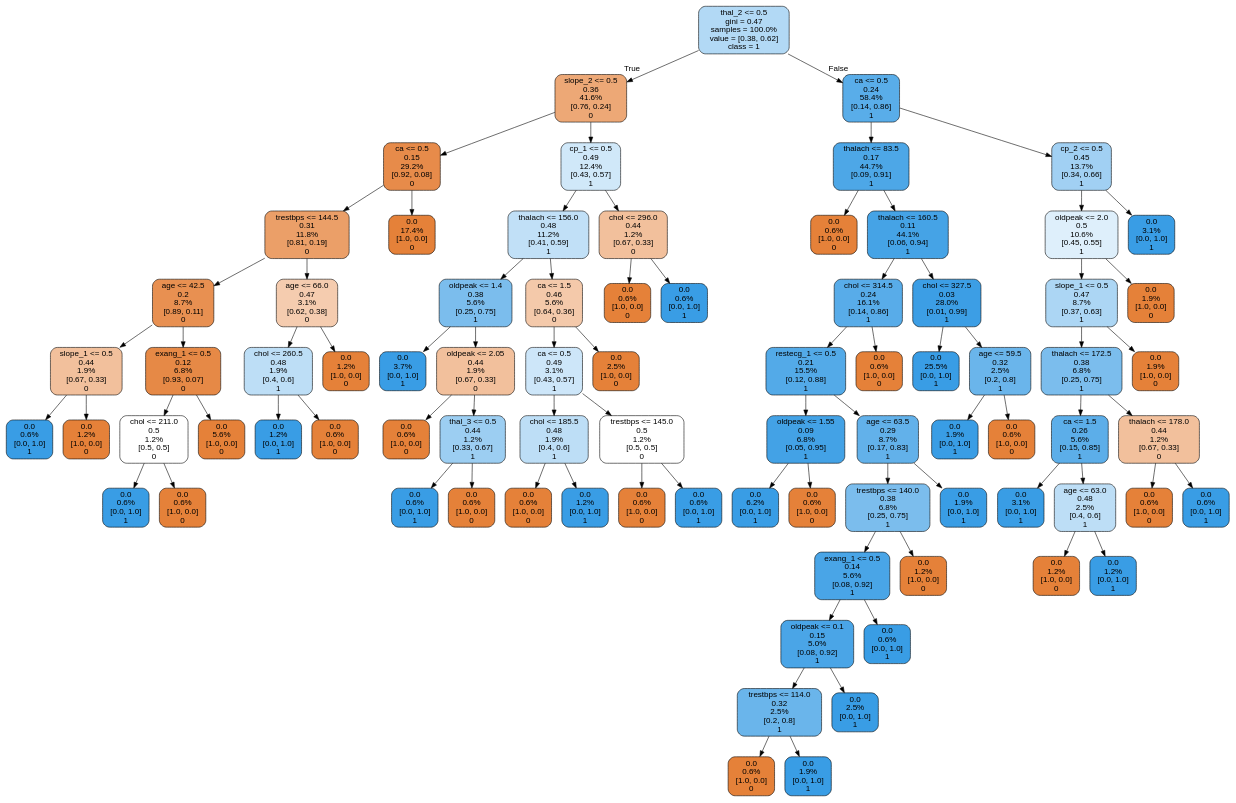
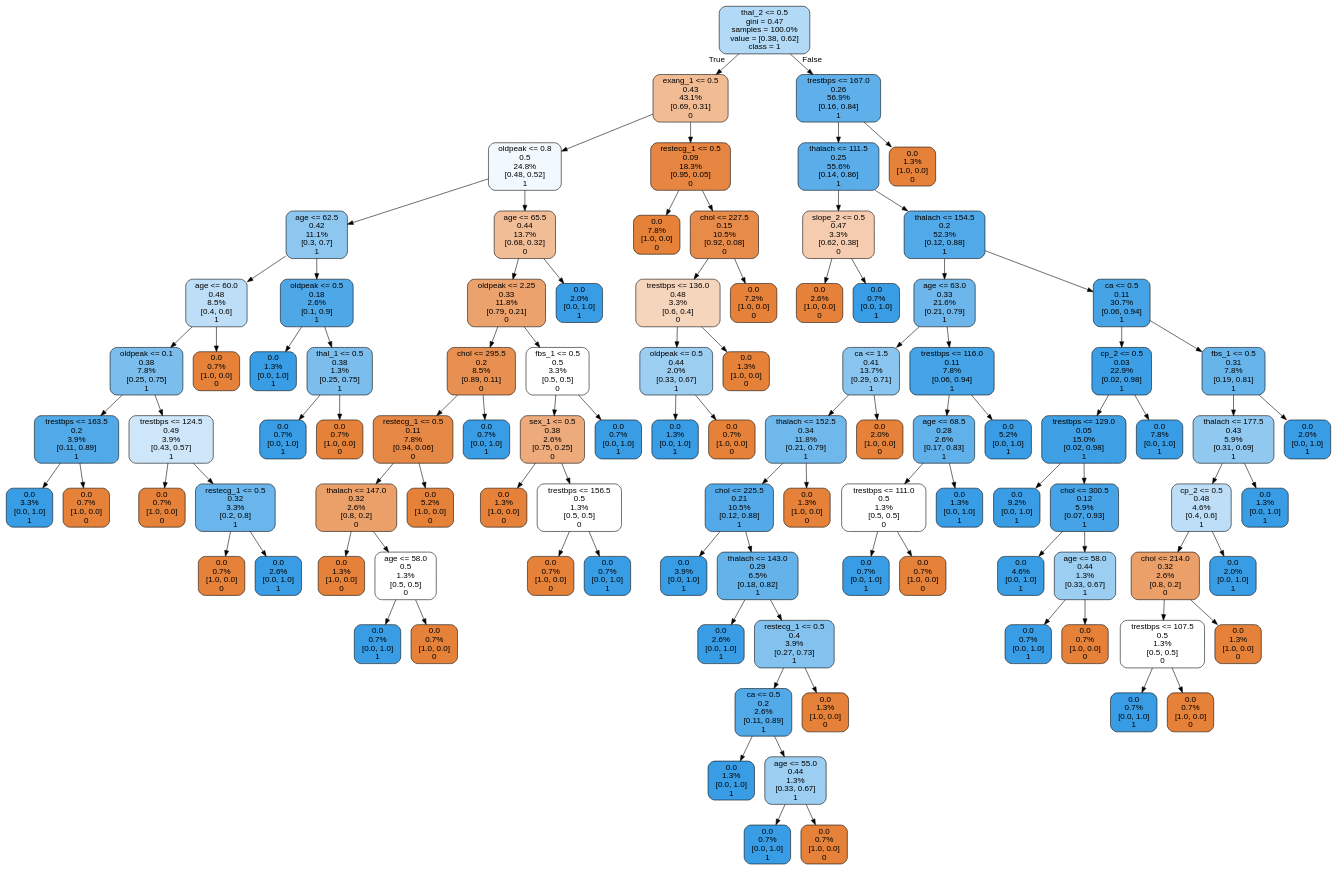
Before and after one commit to deshanigtk/IntelliHack-2019: the diagram in tree.dot, drawn with Graphviz. The commit also changed 2 other files, not shown here.

```diff
--- a/tree.dot
+++ b/tree.dot
@@ -2,164 +2,200 @@
 node [shape=box, style="filled, rounded", color="black", fontname=helvetica] ;
 edge [fontname=helvetica] ;
 0 [label="thal_2 <= 0.5\ngini = 0.47\nsamples = 100.0%\nvalue = [0.38, 0.62]\nclass = 1", fillcolor="#399de563"] ;
-1 [label="slope_2 <= 0.5\n0.36\n41.6%\n[0.76, 0.24]\n0", fillcolor="#e58139b0"] ;
+1 [label="exang_1 <= 0.5\n0.43\n43.1%\n[0.69, 0.31]\n0", fillcolor="#e581398a"] ;
 0 -> 1 [labeldistance=2.5, labelangle=45, headlabel="True"] ;
-2 [label="ca <= 0.5\n0.15\n29.2%\n[0.92, 0.08]\n0", fillcolor="#e58139e9"] ;
+2 [label="oldpeak <= 0.8\n0.5\n24.8%\n[0.48, 0.52]\n1", fillcolor="#399de511"] ;
 1 -> 2 ;
-3 [label="trestbps <= 144.5\n0.31\n11.8%\n[0.81, 0.19]\n0", fillcolor="#e58139c2"] ;
+3 [label="age <= 62.5\n0.42\n11.1%\n[0.3, 0.7]\n1", fillcolor="#399de592"] ;
 2 -> 3 ;
-4 [label="age <= 42.5\n0.2\n8.7%\n[0.89, 0.11]\n0", fillcolor="#e58139df"] ;
+4 [label="age <= 60.0\n0.48\n8.5%\n[0.4, 0.6]\n1", fillcolor="#399de555"] ;
 3 -> 4 ;
-5 [label="slope_1 <= 0.5\n0.44\n1.9%\n[0.67, 0.33]\n0", fillcolor="#e581397f"] ;
+5 [label="oldpeak <= 0.1\n0.38\n7.8%\n[0.25, 0.75]\n1", fillcolor="#399de5aa"] ;
 4 -> 5 ;
-6 [label="0.0\n0.6%\n[0.0, 1.0]\n1", fillcolor="#399de5ff"] ;
+6 [label="trestbps <= 163.5\n0.2\n3.9%\n[0.11, 0.89]\n1", fillcolor="#399de5df"] ;
 5 -> 6 ;
-7 [label="0.0\n1.2%\n[1.0, 0.0]\n0", fillcolor="#e58139ff"] ;
-5 -> 7 ;
-8 [label="exang_1 <= 0.5\n0.12\n6.8%\n[0.93, 0.07]\n0", fillcolor="#e58139ed"] ;
-4 -> 8 ;
-9 [label="chol <= 211.0\n0.5\n1.2%\n[0.5, 0.5]\n0", fillcolor="#e5813900"] ;
-8 -> 9 ;
-10 [label="0.0\n0.6%\n[0.0, 1.0]\n1", fillcolor="#399de5ff"] ;
+7 [label="0.0\n3.3%\n[0.0, 1.0]\n1", fillcolor="#399de5ff"] ;
+6 -> 7 ;
+8 [label="0.0\n0.7%\n[1.0, 0.0]\n0", fillcolor="#e58139ff"] ;
+6 -> 8 ;
+9 [label="trestbps <= 124.5\n0.49\n3.9%\n[0.43, 0.57]\n1", fillcolor="#399de540"] ;
+5 -> 9 ;
+10 [label="0.0\n0.7%\n[1.0, 0.0]\n0", fillcolor="#e58139ff"] ;
 9 -> 10 ;
-11 [label="0.0\n0.6%\n[1.0, 0.0]\n0", fillcolor="#e58139ff"] ;
+11 [label="restecg_1 <= 0.5\n0.32\n3.3%\n[0.2, 0.8]\n1", fillcolor="#399de5bf"] ;
 9 -> 11 ;
-12 [label="0.0\n5.6%\n[1.0, 0.0]\n0", fillcolor="#e58139ff"] ;
-8 -> 12 ;
-13 [label="age <= 66.0\n0.47\n3.1%\n[0.62, 0.38]\n0", fillcolor="#e5813966"] ;
-3 -> 13 ;
-14 [label="chol <= 260.5\n0.48\n1.9%\n[0.4, 0.6]\n1", fillcolor="#399de555"] ;
-13 -> 14 ;
-15 [label="0.0\n1.2%\n[0.0, 1.0]\n1", fillcolor="#399de5ff"] ;
-14 -> 15 ;
-16 [label="0.0\n0.6%\n[1.0, 0.0]\n0", fillcolor="#e58139ff"] ;
-14 -> 16 ;
-17 [label="0.0\n1.2%\n[1.0, 0.0]\n0", fillcolor="#e58139ff"] ;
-13 -> 17 ;
-18 [label="0.0\n17.4%\n[1.0, 0.0]\n0", fillcolor="#e58139ff"] ;
-2 -> 18 ;
-19 [label="cp_1 <= 0.5\n0.49\n12.4%\n[0.43, 0.57]\n1", fillcolor="#399de53c"] ;
-1 -> 19 ;
-20 [label="thalach <= 156.0\n0.48\n11.2%\n[0.41, 0.59]\n1", fillcolor="#399de550"] ;
-19 -> 20 ;
-21 [label="oldpeak <= 1.4\n0.38\n5.6%\n[0.25, 0.75]\n1", fillcolor="#399de5aa"] ;
+12 [label="0.0\n0.7%\n[1.0, 0.0]\n0", fillcolor="#e58139ff"] ;
+11 -> 12 ;
+13 [label="0.0\n2.6%\n[0.0, 1.0]\n1", fillcolor="#399de5ff"] ;
+11 -> 13 ;
+14 [label="0.0\n0.7%\n[1.0, 0.0]\n0", fillcolor="#e58139ff"] ;
+4 -> 14 ;
+15 [label="oldpeak <= 0.5\n0.18\n2.6%\n[0.1, 0.9]\n1", fillcolor="#399de5e3"] ;
+3 -> 15 ;
+16 [label="0.0\n1.3%\n[0.0, 1.0]\n1", fillcolor="#399de5ff"] ;
+15 -> 16 ;
+17 [label="thal_1 <= 0.5\n0.38\n1.3%\n[0.25, 0.75]\n1", fillcolor="#399de5aa"] ;
+15 -> 17 ;
+18 [label="0.0\n0.7%\n[0.0, 1.0]\n1", fillcolor="#399de5ff"] ;
+17 -> 18 ;
+19 [label="0.0\n0.7%\n[1.0, 0.0]\n0", fillcolor="#e58139ff"] ;
+17 -> 19 ;
+20 [label="age <= 65.5\n0.44\n13.7%\n[0.68, 0.32]\n0", fillcolor="#e5813986"] ;
+2 -> 20 ;
+21 [label="oldpeak <= 2.25\n0.33\n11.8%\n[0.79, 0.21]\n0", fillcolor="#e58139bc"] ;
 20 -> 21 ;
-22 [label="0.0\n3.7%\n[0.0, 1.0]\n1", fillcolor="#399de5ff"] ;
+22 [label="chol <= 295.5\n0.2\n8.5%\n[0.89, 0.11]\n0", fillcolor="#e58139df"] ;
 21 -> 22 ;
-23 [label="oldpeak <= 2.05\n0.44\n1.9%\n[0.67, 0.33]\n0", fillcolor="#e581397f"] ;
-21 -> 23 ;
-24 [label="0.0\n0.6%\n[1.0, 0.0]\n0", fillcolor="#e58139ff"] ;
+23 [label="restecg_1 <= 0.5\n0.11\n7.8%\n[0.94, 0.06]\n0", fillcolor="#e58139ef"] ;
+22 -> 23 ;
+24 [label="thalach <= 147.0\n0.32\n2.6%\n[0.8, 0.2]\n0", fillcolor="#e58139bf"] ;
 23 -> 24 ;
-25 [label="thal_3 <= 0.5\n0.44\n1.2%\n[0.33, 0.67]\n1", fillcolor="#399de57f"] ;
-23 -> 25 ;
-26 [label="0.0\n0.6%\n[0.0, 1.0]\n1", fillcolor="#399de5ff"] ;
-25 -> 26 ;
-27 [label="0.0\n0.6%\n[1.0, 0.0]\n0", fillcolor="#e58139ff"] ;
-25 -> 27 ;
-28 [label="ca <= 1.5\n0.46\n5.6%\n[0.64, 0.36]\n0", fillcolor="#e581396d"] ;
-20 -> 28 ;
-29 [label="ca <= 0.5\n0.49\n3.1%\n[0.43, 0.57]\n1", fillcolor="#399de540"] ;
-28 -> 29 ;
-30 [label="chol <= 185.5\n0.48\n1.9%\n[0.4, 0.6]\n1", fillcolor="#399de555"] ;
-29 -> 30 ;
-31 [label="0.0\n0.6%\n[1.0, 0.0]\n0", fillcolor="#e58139ff"] ;
-30 -> 31 ;
-32 [label="0.0\n1.2%\n[0.0, 1.0]\n1", fillcolor="#399de5ff"] ;
-30 -> 32 ;
-33 [label="trestbps <= 145.0\n0.5\n1.2%\n[0.5, 0.5]\n0", fillcolor="#e5813900"] ;
-29 -> 33 ;
-34 [label="0.0\n0.6%\n[1.0, 0.0]\n0", fillcolor="#e58139ff"] ;
-33 -> 34 ;
-35 [label="0.0\n0.6%\n[0.0, 1.0]\n1", fillcolor="#399de5ff"] ;
-33 -> 35 ;
-36 [label="0.0\n2.5%\n[1.0, 0.0]\n0", fillcolor="#e58139ff"] ;
-28 -> 36 ;
-37 [label="chol <= 296.0\n0.44\n1.2%\n[0.67, 0.33]\n0", fillcolor="#e581397f"] ;
-19 -> 37 ;
-38 [label="0.0\n0.6%\n[1.0, 0.0]\n0", fillcolor="#e58139ff"] ;
-37 -> 38 ;
-39 [label="0.0\n0.6%\n[0.0, 1.0]\n1", fillcolor="#399de5ff"] ;
-37 -> 39 ;
-40 [label="ca <= 0.5\n0.24\n58.4%\n[0.14, 0.86]\n1", fillcolor="#399de5d5"] ;
-0 -> 40 [labeldistance=2.5, labelangle=-45, headlabel="False"] ;
-41 [label="thalach <= 83.5\n0.17\n44.7%\n[0.09, 0.91]\n1", fillcolor="#399de5e5"] ;
-40 -> 41 ;
-42 [label="0.0\n0.6%\n[1.0, 0.0]\n0", fillcolor="#e58139ff"] ;
+25 [label="0.0\n1.3%\n[1.0, 0.0]\n0", fillcolor="#e58139ff"] ;
+24 -> 25 ;
+26 [label="age <= 58.0\n0.5\n1.3%\n[0.5, 0.5]\n0", fillcolor="#e5813900"] ;
+24 -> 26 ;
+27 [label="0.0\n0.7%\n[0.0, 1.0]\n1", fillcolor="#399de5ff"] ;
+26 -> 27 ;
+28 [label="0.0\n0.7%\n[1.0, 0.0]\n0", fillcolor="#e58139ff"] ;
+26 -> 28 ;
+29 [label="0.0\n5.2%\n[1.0, 0.0]\n0", fillcolor="#e58139ff"] ;
+23 -> 29 ;
+30 [label="0.0\n0.7%\n[0.0, 1.0]\n1", fillcolor="#399de5ff"] ;
+22 -> 30 ;
+31 [label="fbs_1 <= 0.5\n0.5\n3.3%\n[0.5, 0.5]\n0", fillcolor="#e5813900"] ;
+21 -> 31 ;
+32 [label="sex_1 <= 0.5\n0.38\n2.6%\n[0.75, 0.25]\n0", fillcolor="#e58139aa"] ;
+31 -> 32 ;
+33 [label="0.0\n1.3%\n[1.0, 0.0]\n0", fillcolor="#e58139ff"] ;
+32 -> 33 ;
+34 [label="trestbps <= 156.5\n0.5\n1.3%\n[0.5, 0.5]\n0", fillcolor="#e5813900"] ;
+32 -> 34 ;
+35 [label="0.0\n0.7%\n[1.0, 0.0]\n0", fillcolor="#e58139ff"] ;
+34 -> 35 ;
+36 [label="0.0\n0.7%\n[0.0, 1.0]\n1", fillcolor="#399de5ff"] ;
+34 -> 36 ;
+37 [label="0.0\n0.7%\n[0.0, 1.0]\n1", fillcolor="#399de5ff"] ;
+31 -> 37 ;
+38 [label="0.0\n2.0%\n[0.0, 1.0]\n1", fillcolor="#399de5ff"] ;
+20 -> 38 ;
+39 [label="restecg_1 <= 0.5\n0.09\n18.3%\n[0.95, 0.05]\n0", fillcolor="#e58139f3"] ;
+1 -> 39 ;
+40 [label="0.0\n7.8%\n[1.0, 0.0]\n0", fillcolor="#e58139ff"] ;
+39 -> 40 ;
+41 [label="chol <= 227.5\n0.15\n10.5%\n[0.92, 0.08]\n0", fillcolor="#e58139e9"] ;
+39 -> 41 ;
+42 [label="trestbps <= 136.0\n0.48\n3.3%\n[0.6, 0.4]\n0", fillcolor="#e5813955"] ;
 41 -> 42 ;
-43 [label="thalach <= 160.5\n0.11\n44.1%\n[0.06, 0.94]\n1", fillcolor="#399de5ef"] ;
-41 -> 43 ;
-44 [label="chol <= 314.5\n0.24\n16.1%\n[0.14, 0.86]\n1", fillcolor="#399de5d7"] ;
+43 [label="oldpeak <= 0.5\n0.44\n2.0%\n[0.33, 0.67]\n1", fillcolor="#399de57f"] ;
+42 -> 43 ;
+44 [label="0.0\n1.3%\n[0.0, 1.0]\n1", fillcolor="#399de5ff"] ;
 43 -> 44 ;
-45 [label="restecg_1 <= 0.5\n0.21\n15.5%\n[0.12, 0.88]\n1", fillcolor="#399de5dd"] ;
-44 -> 45 ;
-46 [label="oldpeak <= 1.55\n0.09\n6.8%\n[0.05, 0.95]\n1", fillcolor="#399de5f2"] ;
-45 -> 46 ;
-47 [label="0.0\n6.2%\n[0.0, 1.0]\n1", fillcolor="#399de5ff"] ;
-46 -> 47 ;
-48 [label="0.0\n0.6%\n[1.0, 0.0]\n0", fillcolor="#e58139ff"] ;
-46 -> 48 ;
-49 [label="age <= 63.5\n0.29\n8.7%\n[0.17, 0.83]\n1", fillcolor="#399de5c9"] ;
-45 -> 49 ;
-50 [label="trestbps <= 140.0\n0.38\n6.8%\n[0.25, 0.75]\n1", fillcolor="#399de5aa"] ;
+45 [label="0.0\n0.7%\n[1.0, 0.0]\n0", fillcolor="#e58139ff"] ;
+43 -> 45 ;
+46 [label="0.0\n1.3%\n[1.0, 0.0]\n0", fillcolor="#e58139ff"] ;
+42 -> 46 ;
+47 [label="0.0\n7.2%\n[1.0, 0.0]\n0", fillcolor="#e58139ff"] ;
+41 -> 47 ;
+48 [label="trestbps <= 167.0\n0.26\n56.9%\n[0.16, 0.84]\n1", fillcolor="#399de5cf"] ;
+0 -> 48 [labeldistance=2.5, labelangle=-45, headlabel="False"] ;
+49 [label="thalach <= 111.5\n0.25\n55.6%\n[0.14, 0.86]\n1", fillcolor="#399de5d4"] ;
+48 -> 49 ;
+50 [label="slope_2 <= 0.5\n0.47\n3.3%\n[0.62, 0.38]\n0", fillcolor="#e5813966"] ;
 49 -> 50 ;
-51 [label="exang_1 <= 0.5\n0.14\n5.6%\n[0.08, 0.92]\n1", fillcolor="#399de5ea"] ;
+51 [label="0.0\n2.6%\n[1.0, 0.0]\n0", fillcolor="#e58139ff"] ;
 50 -> 51 ;
-52 [label="oldpeak <= 0.1\n0.15\n5.0%\n[0.08, 0.92]\n1", fillcolor="#399de5e8"] ;
-51 -> 52 ;
-53 [label="trestbps <= 114.0\n0.32\n2.5%\n[0.2, 0.8]\n1", fillcolor="#399de5bf"] ;
-52 -> 53 ;
-54 [label="0.0\n0.6%\n[1.0, 0.0]\n0", fillcolor="#e58139ff"] ;
+52 [label="0.0\n0.7%\n[0.0, 1.0]\n1", fillcolor="#399de5ff"] ;
+50 -> 52 ;
+53 [label="thalach <= 154.5\n0.2\n52.3%\n[0.12, 0.88]\n1", fillcolor="#399de5de"] ;
+49 -> 53 ;
+54 [label="age <= 63.0\n0.33\n21.6%\n[0.21, 0.79]\n1", fillcolor="#399de5bc"] ;
 53 -> 54 ;
-55 [label="0.0\n1.9%\n[0.0, 1.0]\n1", fillcolor="#399de5ff"] ;
-53 -> 55 ;
-56 [label="0.0\n2.5%\n[0.0, 1.0]\n1", fillcolor="#399de5ff"] ;
-52 -> 56 ;
-57 [label="0.0\n0.6%\n[0.0, 1.0]\n1", fillcolor="#399de5ff"] ;
-51 -> 57 ;
-58 [label="0.0\n1.2%\n[1.0, 0.0]\n0", fillcolor="#e58139ff"] ;
-50 -> 58 ;
-59 [label="0.0\n1.9%\n[0.0, 1.0]\n1", fillcolor="#399de5ff"] ;
-49 -> 59 ;
-60 [label="0.0\n0.6%\n[1.0, 0.0]\n0", fillcolor="#e58139ff"] ;
-44 -> 60 ;
-61 [label="chol <= 327.5\n0.03\n28.0%\n[0.01, 0.99]\n1", fillcolor="#399de5fb"] ;
-43 -> 61 ;
-62 [label="0.0\n25.5%\n[0.0, 1.0]\n1", fillcolor="#399de5ff"] ;
+55 [label="ca <= 1.5\n0.41\n13.7%\n[0.29, 0.71]\n1", fillcolor="#399de597"] ;
+54 -> 55 ;
+56 [label="thalach <= 152.5\n0.34\n11.8%\n[0.21, 0.79]\n1", fillcolor="#399de5b9"] ;
+55 -> 56 ;
+57 [label="chol <= 225.5\n0.21\n10.5%\n[0.12, 0.88]\n1", fillcolor="#399de5dc"] ;
+56 -> 57 ;
+58 [label="0.0\n3.9%\n[0.0, 1.0]\n1", fillcolor="#399de5ff"] ;
+57 -> 58 ;
+59 [label="thalach <= 143.0\n0.29\n6.5%\n[0.18, 0.82]\n1", fillcolor="#399de5c8"] ;
+57 -> 59 ;
+60 [label="0.0\n2.6%\n[0.0, 1.0]\n1", fillcolor="#399de5ff"] ;
+59 -> 60 ;
+61 [label="restecg_1 <= 0.5\n0.4\n3.9%\n[0.27, 0.73]\n1", fillcolor="#399de59f"] ;
+59 -> 61 ;
+62 [label="ca <= 0.5\n0.2\n2.6%\n[0.11, 0.89]\n1", fillcolor="#399de5df"] ;
 61 -> 62 ;
-63 [label="age <= 59.5\n0.32\n2.5%\n[0.2, 0.8]\n1", fillcolor="#399de5bf"] ;
-61 -> 63 ;
-64 [label="0.0\n1.9%\n[0.0, 1.0]\n1", fillcolor="#399de5ff"] ;
-63 -> 64 ;
-65 [label="0.0\n0.6%\n[1.0, 0.0]\n0", fillcolor="#e58139ff"] ;
-63 -> 65 ;
-66 [label="cp_2 <= 0.5\n0.45\n13.7%\n[0.34, 0.66]\n1", fillcolor="#399de579"] ;
-40 -> 66 ;
-67 [label="oldpeak <= 2.0\n0.5\n10.6%\n[0.45, 0.55]\n1", fillcolor="#399de52a"] ;
-66 -> 67 ;
-68 [label="slope_1 <= 0.5\n0.47\n8.7%\n[0.37, 0.63]\n1", fillcolor="#399de56a"] ;
-67 -> 68 ;
-69 [label="thalach <= 172.5\n0.38\n6.8%\n[0.25, 0.75]\n1", fillcolor="#399de5aa"] ;
-68 -> 69 ;
-70 [label="ca <= 1.5\n0.26\n5.6%\n[0.15, 0.85]\n1", fillcolor="#399de5d1"] ;
-69 -> 70 ;
-71 [label="0.0\n3.1%\n[0.0, 1.0]\n1", fillcolor="#399de5ff"] ;
+63 [label="0.0\n1.3%\n[0.0, 1.0]\n1", fillcolor="#399de5ff"] ;
+62 -> 63 ;
+64 [label="age <= 55.0\n0.44\n1.3%\n[0.33, 0.67]\n1", fillcolor="#399de57f"] ;
+62 -> 64 ;
+65 [label="0.0\n0.7%\n[0.0, 1.0]\n1", fillcolor="#399de5ff"] ;
+64 -> 65 ;
+66 [label="0.0\n0.7%\n[1.0, 0.0]\n0", fillcolor="#e58139ff"] ;
+64 -> 66 ;
+67 [label="0.0\n1.3%\n[1.0, 0.0]\n0", fillcolor="#e58139ff"] ;
+61 -> 67 ;
+68 [label="0.0\n1.3%\n[1.0, 0.0]\n0", fillcolor="#e58139ff"] ;
+56 -> 68 ;
+69 [label="0.0\n2.0%\n[1.0, 0.0]\n0", fillcolor="#e58139ff"] ;
+55 -> 69 ;
+70 [label="trestbps <= 116.0\n0.11\n7.8%\n[0.06, 0.94]\n1", fillcolor="#399de5ef"] ;
+54 -> 70 ;
+71 [label="age <= 68.5\n0.28\n2.6%\n[0.17, 0.83]\n1", fillcolor="#399de5cc"] ;
 70 -> 71 ;
-72 [label="age <= 63.0\n0.48\n2.5%\n[0.4, 0.6]\n1", fillcolor="#399de555"] ;
-70 -> 72 ;
-73 [label="0.0\n1.2%\n[1.0, 0.0]\n0", fillcolor="#e58139ff"] ;
+72 [label="trestbps <= 111.0\n0.5\n1.3%\n[0.5, 0.5]\n0", fillcolor="#e5813900"] ;
+71 -> 72 ;
+73 [label="0.0\n0.7%\n[0.0, 1.0]\n1", fillcolor="#399de5ff"] ;
 72 -> 73 ;
-74 [label="0.0\n1.2%\n[0.0, 1.0]\n1", fillcolor="#399de5ff"] ;
+74 [label="0.0\n0.7%\n[1.0, 0.0]\n0", fillcolor="#e58139ff"] ;
 72 -> 74 ;
-75 [label="thalach <= 178.0\n0.44\n1.2%\n[0.67, 0.33]\n0", fillcolor="#e581397f"] ;
-69 -> 75 ;
-76 [label="0.0\n0.6%\n[1.0, 0.0]\n0", fillcolor="#e58139ff"] ;
-75 -> 76 ;
-77 [label="0.0\n0.6%\n[0.0, 1.0]\n1", fillcolor="#399de5ff"] ;
-75 -> 77 ;
-78 [label="0.0\n1.9%\n[1.0, 0.0]\n0", fillcolor="#e58139ff"] ;
-68 -> 78 ;
-79 [label="0.0\n1.9%\n[1.0, 0.0]\n0", fillcolor="#e58139ff"] ;
-67 -> 79 ;
-80 [label="0.0\n3.1%\n[0.0, 1.0]\n1", fillcolor="#399de5ff"] ;
-66 -> 80 ;
+75 [label="0.0\n1.3%\n[0.0, 1.0]\n1", fillcolor="#399de5ff"] ;
+71 -> 75 ;
+76 [label="0.0\n5.2%\n[0.0, 1.0]\n1", fillcolor="#399de5ff"] ;
+70 -> 76 ;
+77 [label="ca <= 0.5\n0.11\n30.7%\n[0.06, 0.94]\n1", fillcolor="#399de5ee"] ;
+53 -> 77 ;
+78 [label="cp_2 <= 0.5\n0.03\n22.9%\n[0.02, 0.98]\n1", fillcolor="#399de5fb"] ;
+77 -> 78 ;
+79 [label="trestbps <= 129.0\n0.05\n15.0%\n[0.02, 0.98]\n1", fillcolor="#399de5f8"] ;
+78 -> 79 ;
+80 [label="0.0\n9.2%\n[0.0, 1.0]\n1", fillcolor="#399de5ff"] ;
+79 -> 80 ;
+81 [label="chol <= 300.5\n0.12\n5.9%\n[0.07, 0.93]\n1", fillcolor="#399de5ed"] ;
+79 -> 81 ;
+82 [label="0.0\n4.6%\n[0.0, 1.0]\n1", fillcolor="#399de5ff"] ;
+81 -> 82 ;
+83 [label="age <= 58.0\n0.44\n1.3%\n[0.33, 0.67]\n1", fillcolor="#399de57f"] ;
+81 -> 83 ;
+84 [label="0.0\n0.7%\n[0.0, 1.0]\n1", fillcolor="#399de5ff"] ;
+83 -> 84 ;
+85 [label="0.0\n0.7%\n[1.0, 0.0]\n0", fillcolor="#e58139ff"] ;
+83 -> 85 ;
+86 [label="0.0\n7.8%\n[0.0, 1.0]\n1", fillcolor="#399de5ff"] ;
+78 -> 86 ;
+87 [label="fbs_1 <= 0.5\n0.31\n7.8%\n[0.19, 0.81]\n1", fillcolor="#399de5c3"] ;
+77 -> 87 ;
+88 [label="thalach <= 177.5\n0.43\n5.9%\n[0.31, 0.69]\n1", fillcolor="#399de58e"] ;
+87 -> 88 ;
+89 [label="cp_2 <= 0.5\n0.48\n4.6%\n[0.4, 0.6]\n1", fillcolor="#399de555"] ;
+88 -> 89 ;
+90 [label="chol <= 214.0\n0.32\n2.6%\n[0.8, 0.2]\n0", fillcolor="#e58139bf"] ;
+89 -> 90 ;
+91 [label="trestbps <= 107.5\n0.5\n1.3%\n[0.5, 0.5]\n0", fillcolor="#e5813900"] ;
+90 -> 91 ;
+92 [label="0.0\n0.7%\n[0.0, 1.0]\n1", fillcolor="#399de5ff"] ;
+91 -> 92 ;
+93 [label="0.0\n0.7%\n[1.0, 0.0]\n0", fillcolor="#e58139ff"] ;
+91 -> 93 ;
+94 [label="0.0\n1.3%\n[1.0, 0.0]\n0", fillcolor="#e58139ff"] ;
+90 -> 94 ;
+95 [label="0.0\n2.0%\n[0.0, 1.0]\n1", fillcolor="#399de5ff"] ;
+89 -> 95 ;
+96 [label="0.0\n1.3%\n[0.0, 1.0]\n1", fillcolor="#399de5ff"] ;
+88 -> 96 ;
+97 [label="0.0\n2.0%\n[0.0, 1.0]\n1", fillcolor="#399de5ff"] ;
+87 -> 97 ;
+98 [label="0.0\n1.3%\n[1.0, 0.0]\n0", fillcolor="#e58139ff"] ;
+48 -> 98 ;
 }
```
